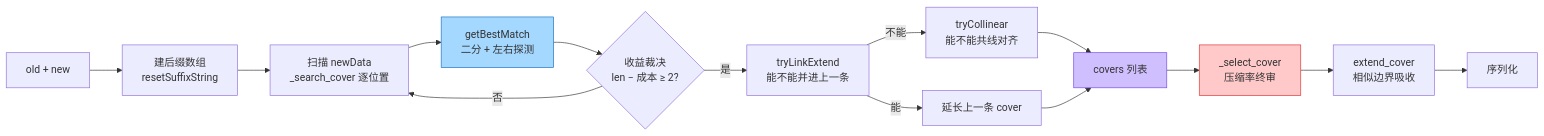
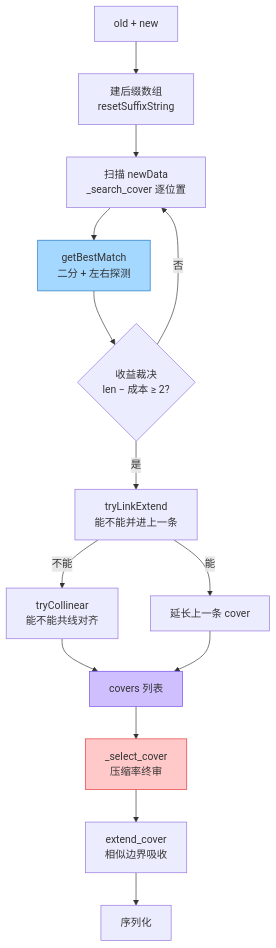
The first of 2 diagrams in docs/hot-update/hdiff-generate.md (fankidark/tech-site), drawn with Mermaid before and after one commit. The commit also changed 13 other files, not shown here.

First line of the commit message:
fix(diagram): 修复流程图节点内容显示不全 —— 宽度从最差 0.18 缩放到 0.72

````diff
--- a/docs/hot-update/hdiff-generate.md
+++ b/docs/hot-update/hdiff-generate.md
@@ -44,20 +44,20 @@
 ```mermaid
-flowchart LR
+flowchart TB
     A["old + new"] --> B["建后缀数组<br/>resetSuffixString"]
     B --> C["扫描 newData<br/>_search_cover 逐位置"]
     C --> D["getBestMatch<br/>二分 + 左右探测"]
     D --> E{"收益裁决<br/>len − 成本 ≥ 2?"}
     E -->|否| C
     E -->|是| F["tryLinkExtend<br/>能不能并进上一条"]
     F -->|不能| G["tryCollinear<br/>能不能共线对齐"]
     F -->|能| H["延长上一条 cover"]
     G --> I["covers 列表"]
     H --> I
     I --> J["_select_cover<br/>压缩率终审"]
     J --> K["extend_cover<br/>相似边界吸收"]
     K --> L["序列化"]
 
     style D fill:#a5d8ff,stroke:#1971c2
     style J fill:#ffc9c9,stroke:#e03131
     style I fill:#d0bfff,stroke:#7048e8
 ```
````
